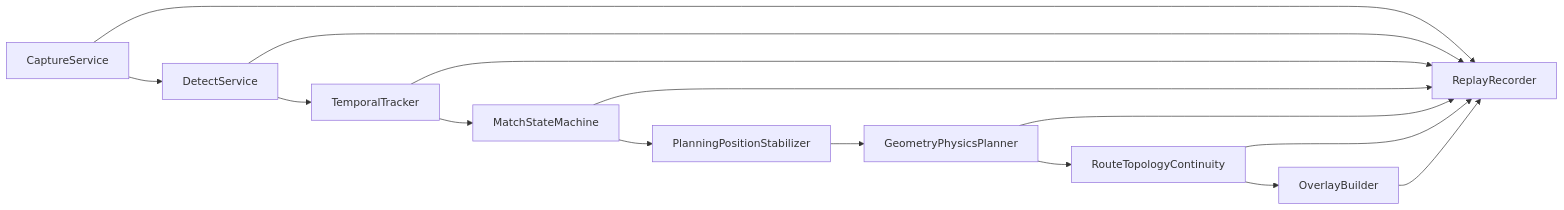
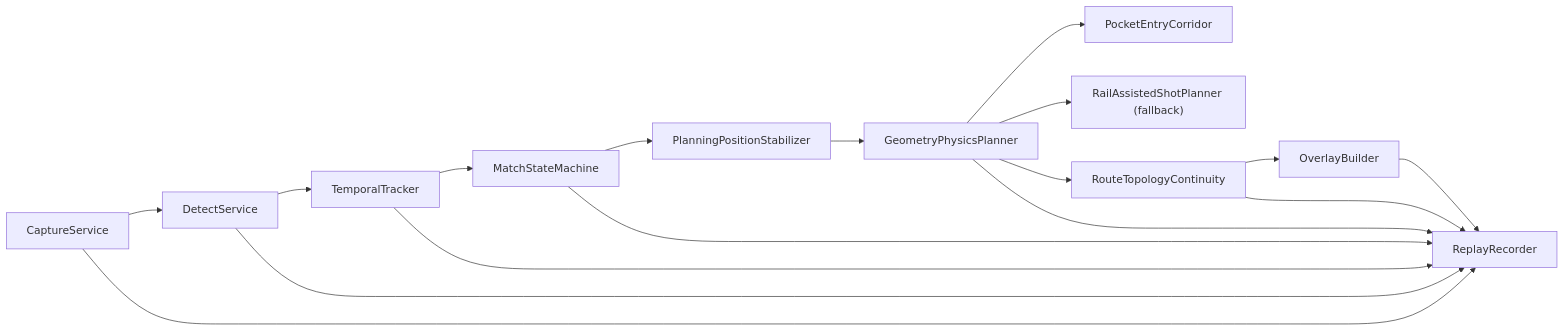
Before and after one commit to Ryan-JwZhao/2606bas: the diagram in docs/architecture.md, drawn with Mermaid. The commit also changed other lines of this file and 21 other files, not shown here.

````diff
--- a/docs/architecture.md
+++ b/docs/architecture.md
@@ -5,17 +5,19 @@
 ```mermaid
 flowchart LR
     A["CaptureService"] --> B["DetectService"]
     B --> C["TemporalTracker"]
     C --> D["MatchStateMachine"]
     D --> E["PlanningPositionStabilizer"]
     E --> F["GeometryPhysicsPlanner"]
+    F --> J["PocketEntryCorridor"]
+    F --> K["RailAssistedShotPlanner (fallback)"]
     F --> H["RouteTopologyContinuity"]
     H --> I["OverlayBuilder"]
     A --> G["ReplayRecorder"]
     B --> G
     C --> G
     D --> G
     F --> G
     H --> G
     I --> G
 ```
````
